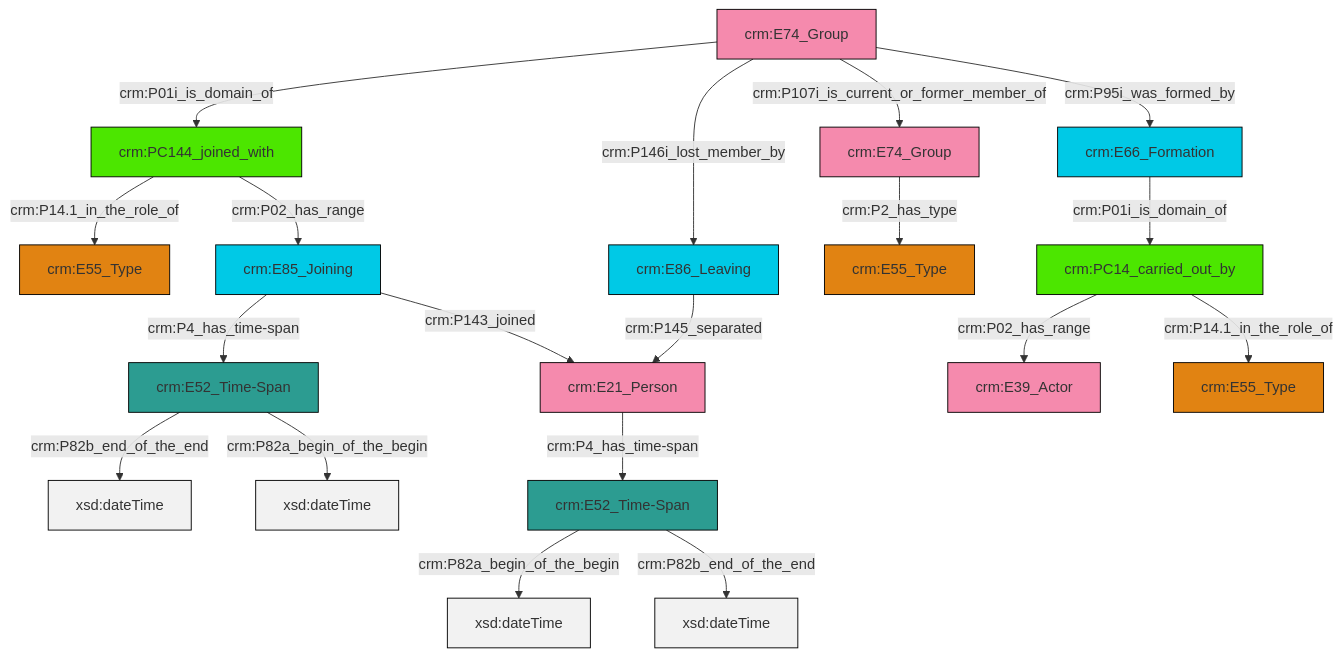
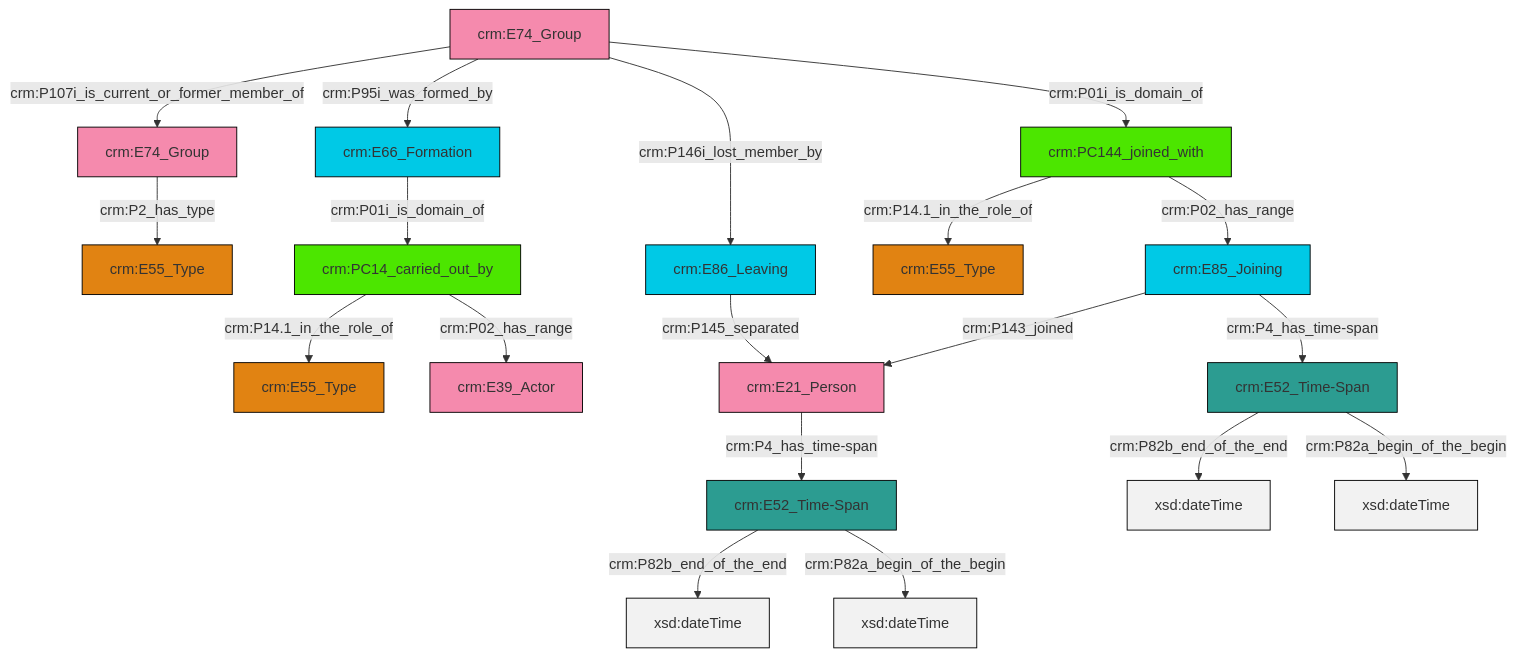
Before and after one commit to swiss-art-research-net/reference-data-models: the diagram in et/groupCSV/ttl/mmd/group_actor_relations.ttl.mmd, drawn with Mermaid. The commit also changed 128 other files, not shown here.

```diff
--- a/et/groupCSV/ttl/mmd/group_actor_relations.ttl.mmd
+++ b/et/groupCSV/ttl/mmd/group_actor_relations.ttl.mmd
@@ -1,33 +1,33 @@
 graph TD
 classDef Literal fill:#f2f2f2,stroke:#000000;
 classDef CRM_Entity fill:#FFFFFF,stroke:#000000;
 classDef Temporal_Entity fill:#00C9E6, stroke:#000000;
 classDef Type fill:#E18312, stroke:#000000;
 classDef Time-Span fill:#2C9C91, stroke:#000000;
 classDef Appellation fill:#FFEB7F, stroke:#000000;
 classDef Place fill:#008836, stroke:#000000;
 classDef Persistent_Item fill:#B266B2, stroke:#000000;
 classDef Conceptual_Object fill:#FFD700, stroke:#000000;
 classDef Physical_Thing fill:#D2B48C, stroke:#000000;
 classDef Actor fill:#f58aad, stroke:#000000;
 classDef PC_Classes fill:#4ce600, stroke:#000000;
 classDef Multi fill:#cccccc,stroke:#000000;
 
-0["crm:PC144_joined_with"]:::PC_Classes -->|crm:P14.1_in_the_role_of| 1["crm:E55_Type"]:::Type
-2["crm:E52_Time-Span"]:::Time-Span -->|crm:P82a_begin_of_the_begin| 3[xsd:dateTime]:::Literal
-4["crm:E74_Group"]:::Actor -->|crm:P01i_is_domain_of| 0["crm:PC144_joined_with"]:::PC_Classes
-5["crm:E21_Person"]:::Actor -->|crm:P4_has_time-span| 2["crm:E52_Time-Span"]:::Time-Span
-7["crm:E74_Group"]:::Actor -->|crm:P2_has_type| 8["crm:E55_Type"]:::Type
-9["crm:PC14_carried_out_by"]:::PC_Classes -->|crm:P02_has_range| 10["crm:E39_Actor"]:::Actor
-11["crm:E52_Time-Span"]:::Time-Span -->|crm:P82b_end_of_the_end| 12[xsd:dateTime]:::Literal
-13["crm:E85_Joining"]:::Temporal_Entity -->|crm:P4_has_time-span| 11["crm:E52_Time-Span"]:::Time-Span
-9["crm:PC14_carried_out_by"]:::PC_Classes -->|crm:P14.1_in_the_role_of| 16["crm:E55_Type"]:::Type
-0["crm:PC144_joined_with"]:::PC_Classes -->|crm:P02_has_range| 13["crm:E85_Joining"]:::Temporal_Entity
-4["crm:E74_Group"]:::Actor -->|crm:P146i_lost_member_by| 18["crm:E86_Leaving"]:::Temporal_Entity
-20["crm:E66_Formation"]:::Temporal_Entity -->|crm:P01i_is_domain_of| 9["crm:PC14_carried_out_by"]:::PC_Classes
-13["crm:E85_Joining"]:::Temporal_Entity -->|crm:P143_joined| 5["crm:E21_Person"]:::Actor
-2["crm:E52_Time-Span"]:::Time-Span -->|crm:P82b_end_of_the_end| 26[xsd:dateTime]:::Literal
-4["crm:E74_Group"]:::Actor -->|crm:P107i_is_current_or_former_member_of| 7["crm:E74_Group"]:::Actor
-4["crm:E74_Group"]:::Actor -->|crm:P95i_was_formed_by| 20["crm:E66_Formation"]:::Temporal_Entity
-18["crm:E86_Leaving"]:::Temporal_Entity -->|crm:P145_separated| 5["crm:E21_Person"]:::Actor
-11["crm:E52_Time-Span"]:::Time-Span -->|crm:P82a_begin_of_the_begin| 31[xsd:dateTime]:::Literal
+0["crm:E52_Time-Span"]:::Time-Span -->|crm:P82b_end_of_the_end| 1[xsd:dateTime]:::Literal
+2["crm:E66_Formation"]:::Temporal_Entity -->|crm:P01i_is_domain_of| 3["crm:PC14_carried_out_by"]:::PC_Classes
+6["crm:E74_Group"]:::Actor -->|crm:P2_has_type| 4["crm:E55_Type"]:::Type
+7["crm:E52_Time-Span"]:::Time-Span -->|crm:P82b_end_of_the_end| 8[xsd:dateTime]:::Literal
+9["crm:E74_Group"]:::Actor -->|crm:P107i_is_current_or_former_member_of| 6["crm:E74_Group"]:::Actor
+10["crm:E21_Person"]:::Actor -->|crm:P4_has_time-span| 7["crm:E52_Time-Span"]:::Time-Span
+11["crm:E85_Joining"]:::Temporal_Entity -->|crm:P143_joined| 10["crm:E21_Person"]:::Actor
+9["crm:E74_Group"]:::Actor -->|crm:P95i_was_formed_by| 2["crm:E66_Formation"]:::Temporal_Entity
+15["crm:PC144_joined_with"]:::PC_Classes -->|crm:P14.1_in_the_role_of| 12["crm:E55_Type"]:::Type
+3["crm:PC14_carried_out_by"]:::PC_Classes -->|crm:P14.1_in_the_role_of| 17["crm:E55_Type"]:::Type
+3["crm:PC14_carried_out_by"]:::PC_Classes -->|crm:P02_has_range| 19["crm:E39_Actor"]:::Actor
+9["crm:E74_Group"]:::Actor -->|crm:P146i_lost_member_by| 20["crm:E86_Leaving"]:::Temporal_Entity
+11["crm:E85_Joining"]:::Temporal_Entity -->|crm:P4_has_time-span| 0["crm:E52_Time-Span"]:::Time-Span
+15["crm:PC144_joined_with"]:::PC_Classes -->|crm:P02_has_range| 11["crm:E85_Joining"]:::Temporal_Entity
+9["crm:E74_Group"]:::Actor -->|crm:P01i_is_domain_of| 15["crm:PC144_joined_with"]:::PC_Classes
+20["crm:E86_Leaving"]:::Temporal_Entity -->|crm:P145_separated| 10["crm:E21_Person"]:::Actor
+7["crm:E52_Time-Span"]:::Time-Span -->|crm:P82a_begin_of_the_begin| 31[xsd:dateTime]:::Literal
+0["crm:E52_Time-Span"]:::Time-Span -->|crm:P82a_begin_of_the_begin| 33[xsd:dateTime]:::Literal
```
